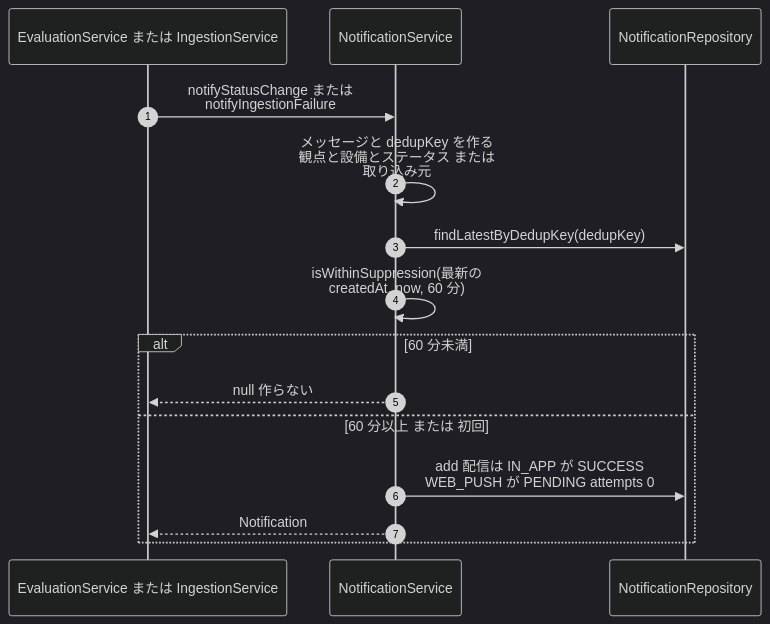
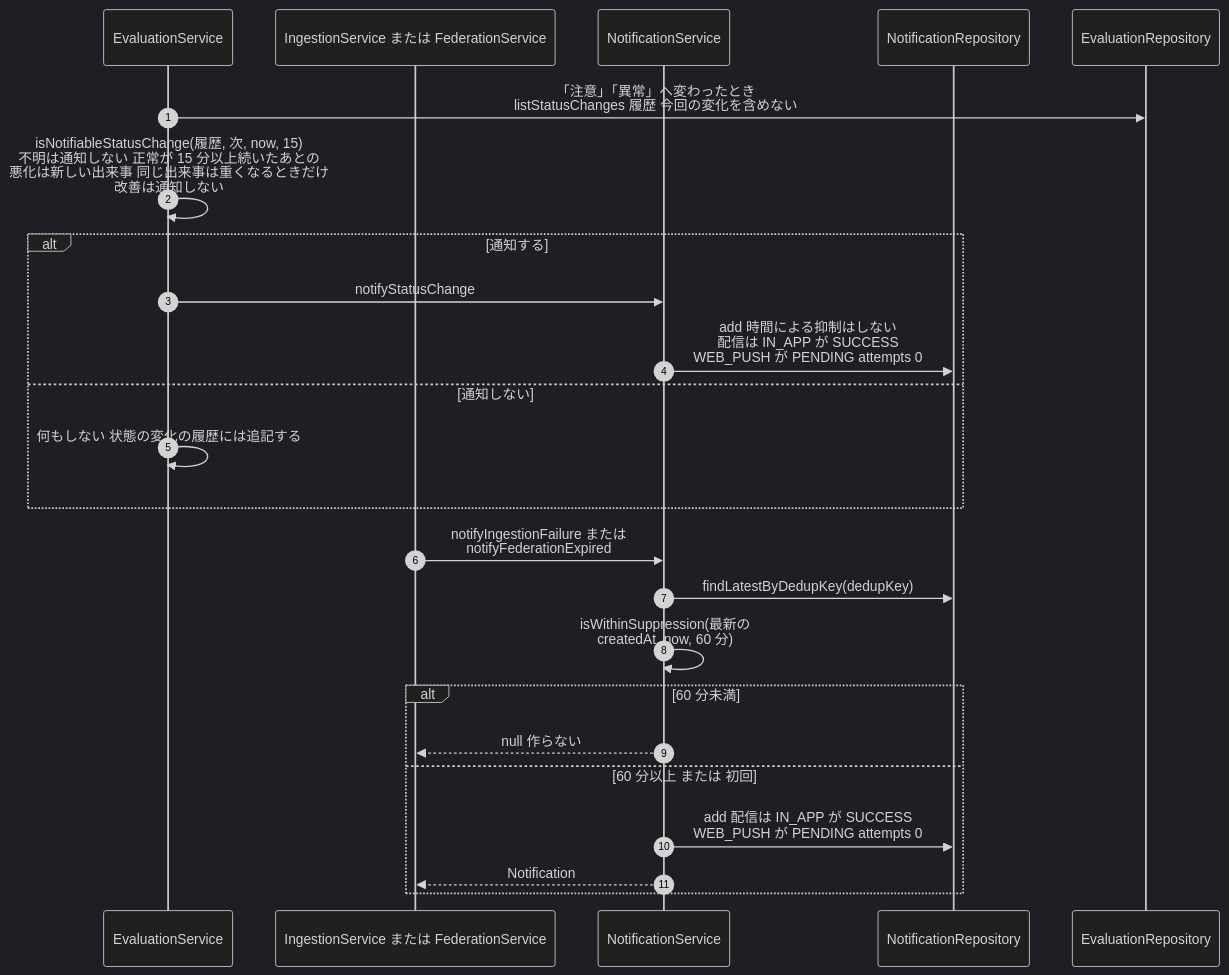
Before and after one commit to NS-APU/smart-farm-monitoring: diagram 23 of 46 in docs/10_design/architecture/as-built.md, drawn with Mermaid (dark theme). The commit also changed other lines of this file and 11 other files, not shown here.

````diff
--- a/docs/10_design/architecture/as-built.md
+++ b/docs/10_design/architecture/as-built.md
@@ -1619,18 +1641,27 @@
 ```mermaid
 sequenceDiagram
   autonumber
-  participant SRC as EvaluationService または IngestionService
+  participant EV as EvaluationService
+  participant ING as IngestionService または FederationService
   participant NS as NotificationService
   participant NR as NotificationRepository
+  participant ER as EvaluationRepository
 
-  SRC->>NS: notifyStatusChange または<br>notifyIngestionFailure
-  NS->>NS: メッセージと dedupKey を作る<br>観点と設備とステータス または<br>取り込み元
+  EV->>ER: 「注意」「異常」へ変わったとき<br>listStatusChanges 履歴 今回の変化を含めない
+  EV->>EV: isNotifiableStatusChange(履歴, 次, now, 15)<br>不明は通知しない 正常が 15 分以上続いたあとの<br>悪化は新しい出来事 同じ出来事は重くなるときだけ<br>改善は通知しない
+  alt 通知する
+    EV->>NS: notifyStatusChange
+    NS->>NR: add 時間による抑制はしない<br>配信は IN_APP が SUCCESS<br>WEB_PUSH が PENDING attempts 0
+  else 通知しない
+    EV->>EV: 何もしない 状態の変化の履歴には追記する
+  end
+  ING->>NS: notifyIngestionFailure または<br>notifyFederationExpired
   NS->>NR: findLatestByDedupKey(dedupKey)
   NS->>NS: isWithinSuppression(最新の<br>createdAt, now, 60 分)
   alt 60 分未満
-    NS-->>SRC: null 作らない
+    NS-->>ING: null 作らない
   else 60 分以上 または 初回
     NS->>NR: add 配信は IN_APP が SUCCESS<br>WEB_PUSH が PENDING attempts 0
-    NS-->>SRC: Notification
+    NS-->>ING: Notification
   end
 ```
````
